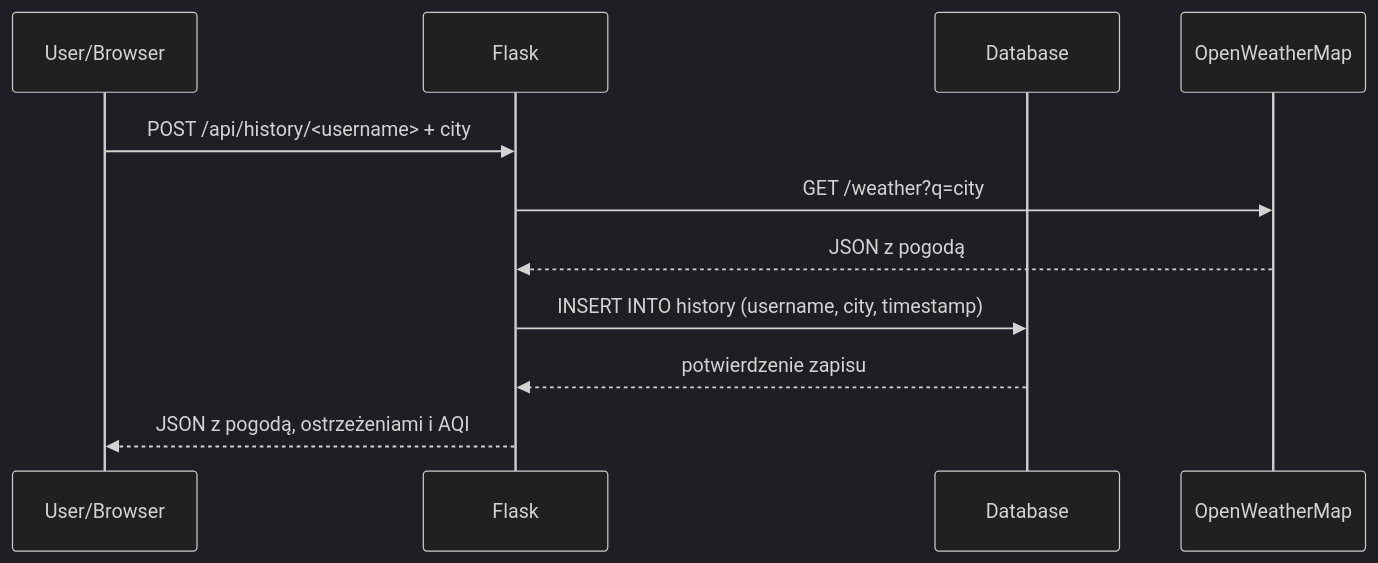
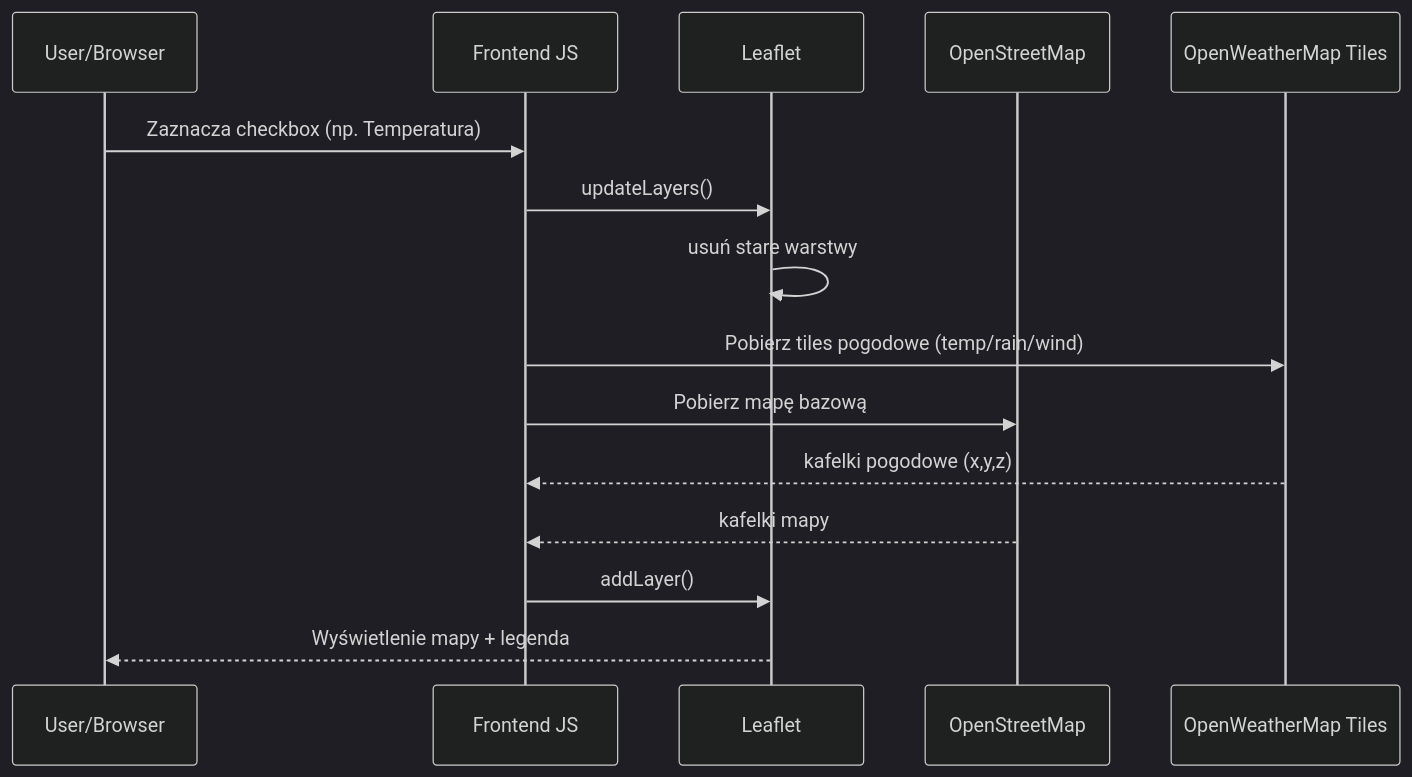
Before and after one commit to MGosiak2137/Serwis-Informacyjny: the diagram in docs/architecture/weather.md, drawn with Mermaid (dark theme).

Commit message:
Add frontend JS and mapping components to sequence diagram

````diff
--- a/docs/architecture/weather.md
+++ b/docs/architecture/weather.md
@@ -240,15 +240,20 @@
 ```mermaid
 sequenceDiagram
   participant U as User/Browser
-  participant F as Flask
-  participant DB as Database
-  participant API as OpenWeatherMap
+  participant JS as Frontend JS
+  participant L as Leaflet
+  participant OSM as OpenStreetMap
+  participant OWM as OpenWeatherMap Tiles
 
-  U->>F: POST /api/history/<username> + city
-  F->>API: GET /weather?q=city
-  API-->>F: JSON z pogodą
-  F->>DB: INSERT INTO history (username, city, timestamp)
-  DB-->>F: potwierdzenie zapisu
-  F-->>U: JSON z pogodą, ostrzeżeniami i AQI
+  U->>JS: Zaznacza checkbox (np. Temperatura)
+  JS->>L: updateLayers()
+  L->>L: usuń stare warstwy
+  JS->>OWM: Pobierz tiles pogodowe (temp/rain/wind)
+  JS->>OSM: Pobierz mapę bazową
+  OWM-->>JS: kafelki pogodowe (x,y,z)
+  OSM-->>JS: kafelki mapy
+  JS->>L: addLayer()
+  L-->>U: Wyświetlenie mapy + legenda
+
 
   ```
````
